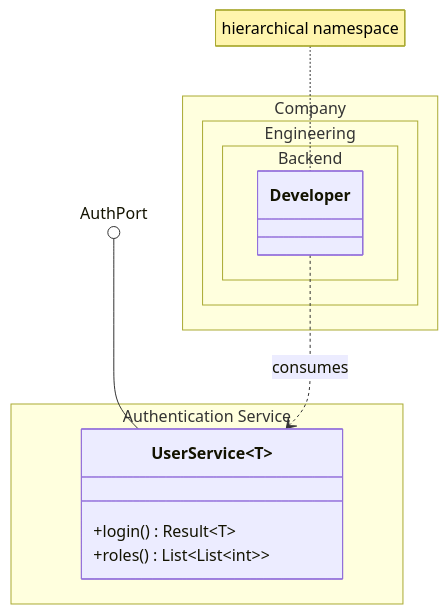
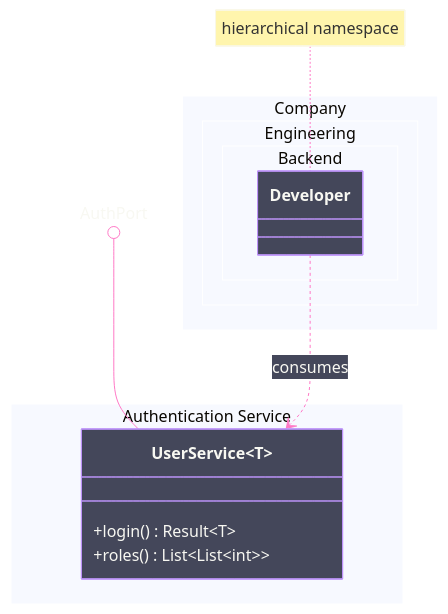
One commit to bsamiee/Rasm changed the fourth of 5 diagrams in .claude/skills/mermaid-diagramming/references/syntax-core.md. Above: the diagram before and after it, drawn with Mermaid. The commit also changed other lines of this file and 55 other files, not shown here.

````diff
--- a/.claude/skills/mermaid-diagramming/references/syntax-core.md
+++ b/.claude/skills/mermaid-diagramming/references/syntax-core.md
@@ -108,15 +128,26 @@
 ```mermaid
+---
+config:
+  theme: base
+  themeVariables:
+    darkMode: true
+    mainBkg: "#44475A"
+    nodeBorder: "#BD93F9"
+    lineColor: "#FF79C6"
+    classText: "#F8F8F2"
+    textColor: "#F8F8F2"
+---
 classDiagram
     namespace Auth["Authentication Service"] {
         class UserService~T~ {
             +login() Result~T~
             +roles() List~List~int~~
         }
     }
     namespace Company.Engineering.Backend {
         class Developer
     }
     AuthPort ()-- UserService
     Developer ..> UserService : consumes
     note for Developer "hierarchical namespace"
 ```
````
